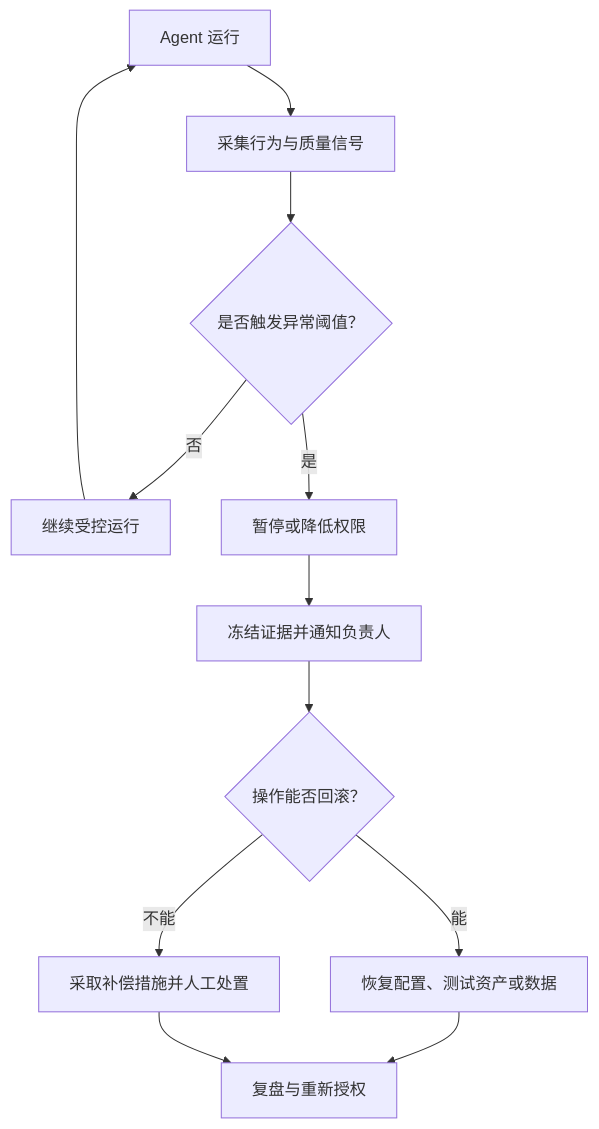
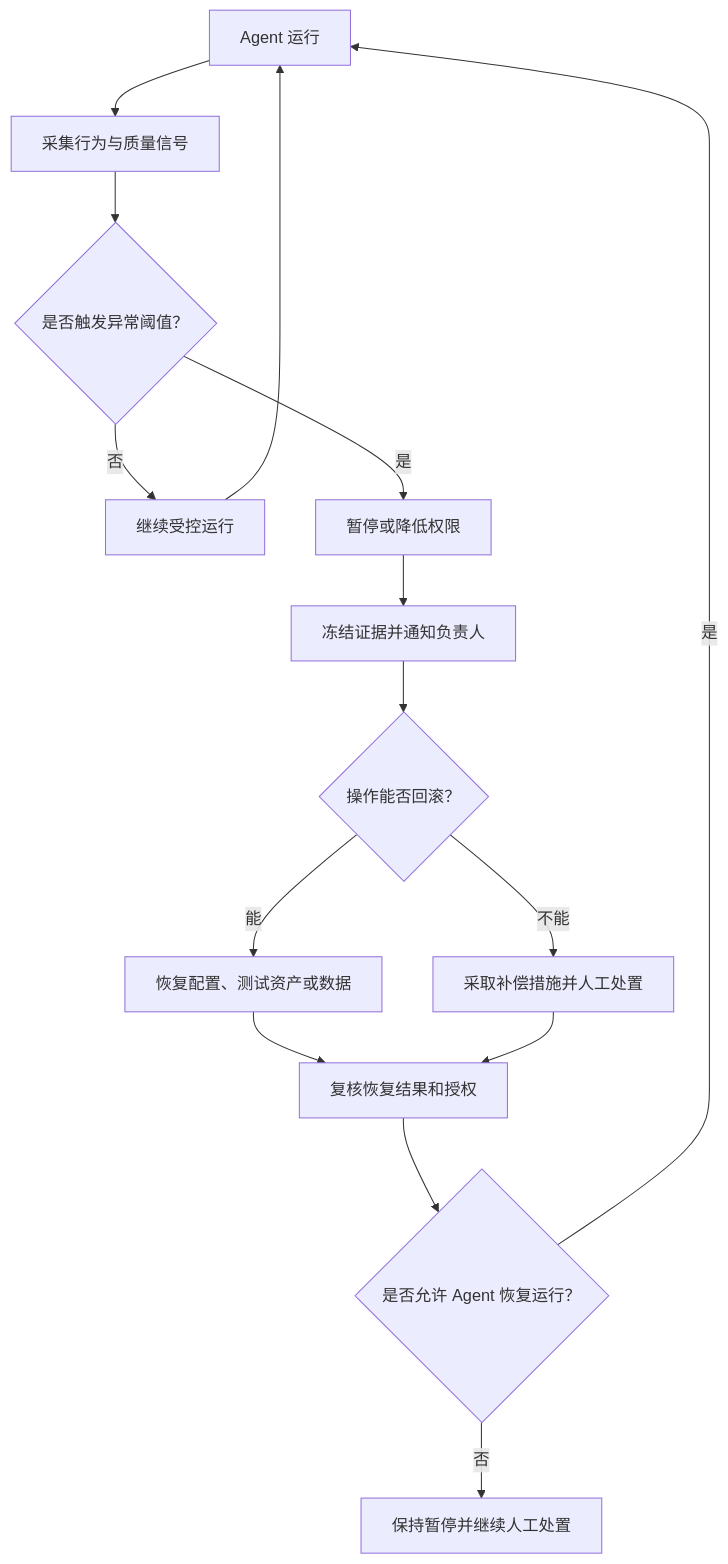
One commit to naodeng/naodeng.com.cn changed the third of 5 diagrams in src/blog/zh-cn/AI-Testing/agentic-ai-governance-testing.mdx. Above: the diagram before and after it, drawn with Mermaid. The commit also changed other lines of this file and 10 other files, not shown here.

Commit message:
docs: review November blog diagrams

````diff
--- a/src/blog/zh-cn/AI-Testing/agentic-ai-governance-testing.mdx
+++ b/src/blog/zh-cn/AI-Testing/agentic-ai-governance-testing.mdx
@@ -145,14 +150,17 @@
 ```mermaid
 flowchart TD
     A[Agent 运行] --> B[采集行为与质量信号]
     B --> C{是否触发异常阈值？}
     C -->|否| D[继续受控运行]
     D --> A
     C -->|是| E[暂停或降低权限]
     E --> F[冻结证据并通知负责人]
     F --> G{操作能否回滚？}
     G -->|能| H[恢复配置、测试资产或数据]
     G -->|不能| I[采取补偿措施并人工处置]
-    H --> J[复盘与重新授权]
+    H --> J[复核恢复结果和授权]
     I --> J
+    J --> K{是否允许 Agent 恢复运行？}
+    K -->|是| A
+    K -->|否| L[保持暂停并继续人工处置]
 ```
````
